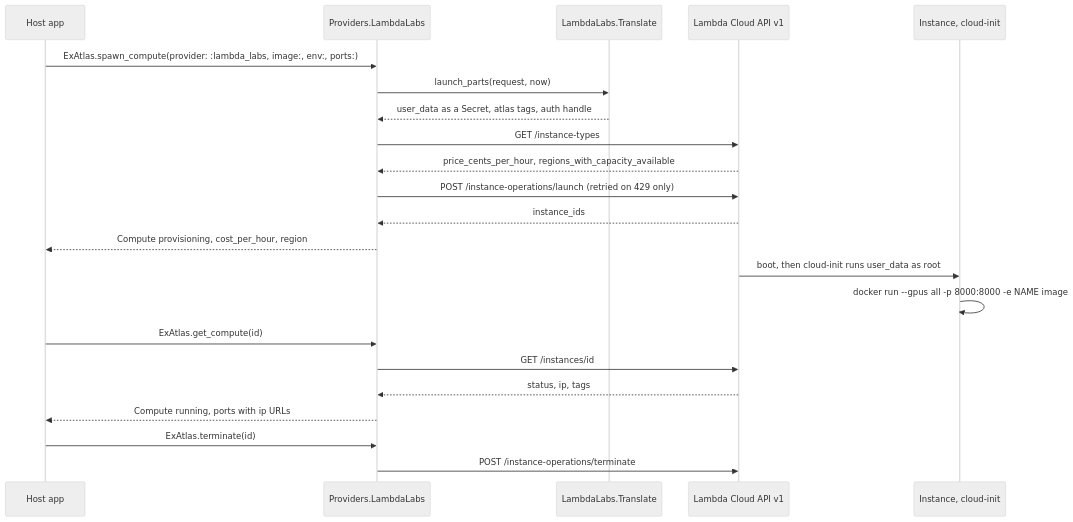
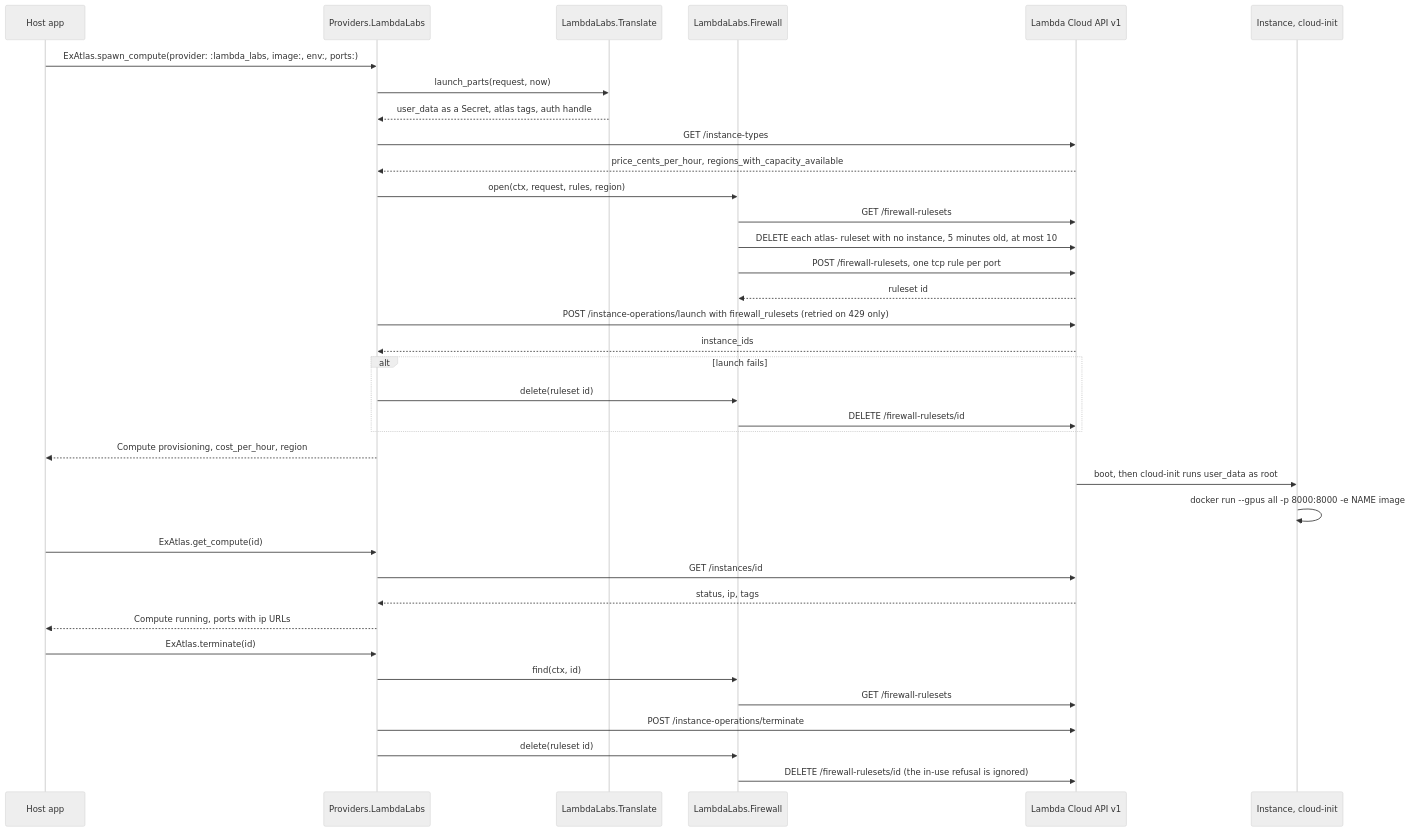
The third of 4 diagrams in docs/architecture.md (udin-io/ex_atlas), drawn with Mermaid (neutral theme) before and after one commit. The commit also changed other lines of this file and 15 other files, not shown here.

First line of the commit message:
Lambda Labs: a firewall ruleset per instance opens its ports (slice 3) (#91)

````diff
--- a/docs/architecture.md
+++ b/docs/architecture.md
@@ -145,24 +146,38 @@
 ```mermaid
 sequenceDiagram
   participant Host as Host app
   participant LL as Providers.LambdaLabs
   participant T as LambdaLabs.Translate
+  participant FW as LambdaLabs.Firewall
   participant L as Lambda Cloud API v1
   participant VM as Instance, cloud-init
   Host->>LL: ExAtlas.spawn_compute(provider: :lambda_labs, image:, env:, ports:)
   LL->>T: launch_parts(request, now)
   T-->>LL: user_data as a Secret, atlas tags, auth handle
   LL->>L: GET /instance-types
   L-->>LL: price_cents_per_hour, regions_with_capacity_available
-  LL->>L: POST /instance-operations/launch (retried on 429 only)
+  LL->>FW: open(ctx, request, rules, region)
+  FW->>L: GET /firewall-rulesets
+  FW->>L: DELETE each atlas- ruleset with no instance, 5 minutes old, at most 10
+  FW->>L: POST /firewall-rulesets, one tcp rule per port
+  L-->>FW: ruleset id
+  LL->>L: POST /instance-operations/launch with firewall_rulesets (retried on 429 only)
   L-->>LL: instance_ids
+  alt launch fails
+    LL->>FW: delete(ruleset id)
+    FW->>L: DELETE /firewall-rulesets/id
+  end
   LL-->>Host: Compute provisioning, cost_per_hour, region
   L->>VM: boot, then cloud-init runs user_data as root
   VM->>VM: docker run --gpus all -p 8000:8000 -e NAME image
   Host->>LL: ExAtlas.get_compute(id)
   LL->>L: GET /instances/id
   L-->>LL: status, ip, tags
   LL-->>Host: Compute running, ports with ip URLs
   Host->>LL: ExAtlas.terminate(id)
+  LL->>FW: find(ctx, id)
+  FW->>L: GET /firewall-rulesets
   LL->>L: POST /instance-operations/terminate
+  LL->>FW: delete(ruleset id)
+  FW->>L: DELETE /firewall-rulesets/id (the in-use refusal is ignored)
 ```
````
